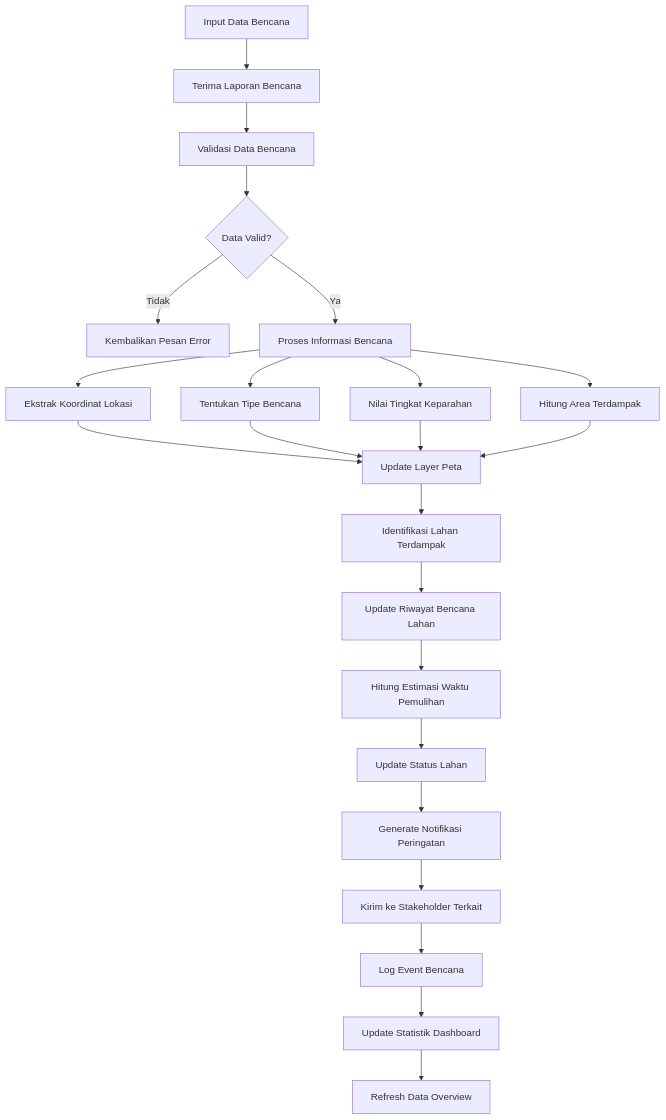
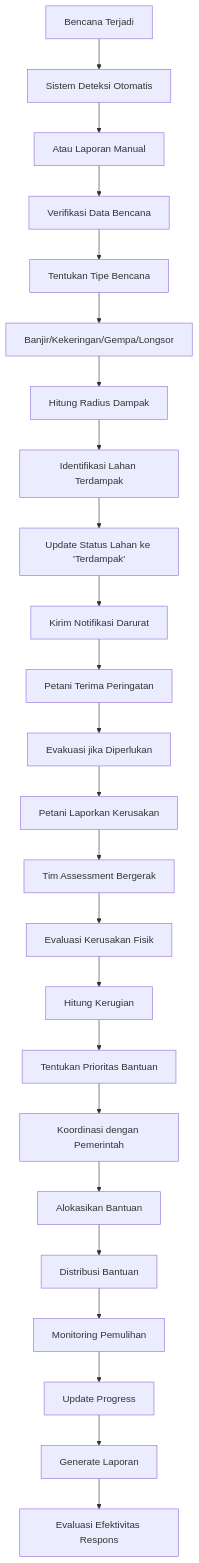
Before and after one commit to MakdumIbrohim/sigap-farm: the third of 3 diagrams in plans/flowchart.md, drawn with Mermaid. The commit also changed other lines of this file, not shown here.

Commit message:
docs(flowchart): update flowchart and algorithm documentation for SIGAP FARM

````diff
--- a/plans/flowchart.md
+++ b/plans/flowchart.md
@@ -122,31 +102,32 @@
 ```mermaid
 flowchart TD
-    A[Input Data Bencana] --> B[Terima Laporan Bencana]
-    B --> C[Validasi Data Bencana]
-    C --> D{Data Valid?}
+    A[Bencana Terjadi] --> B[Sistem Deteksi Otomatis]
+    B --> C[Atau Laporan Manual]
+    C --> D[Verifikasi Data Bencana]
 
-    D -->|Tidak| E[Kembalikan Pesan Error]
-    D -->|Ya| F[Proses Informasi Bencana]
+    D --> E[Tentukan Tipe Bencana]
+    E --> F[Banjir/Kekeringan/Gempa/Longsor]
+    F --> G[Hitung Radius Dampak]
 
-    F --> G[Ekstrak Koordinat Lokasi]
-    F --> H[Tentukan Tipe Bencana]
-    F --> I[Nilai Tingkat Keparahan]
-    F --> J[Hitung Area Terdampak]
+    G --> H[Identifikasi Lahan Terdampak]
+    H --> I[Update Status Lahan ke 'Terdampak']
+    I --> J[Kirim Notifikasi Darurat]
 
-    G --> K[Update Layer Peta]
-    H --> K
-    I --> K
-    J --> K
+    J --> K[Petani Terima Peringatan]
+    K --> L[Evakuasi jika Diperlukan]
+    L --> M[Petani Laporkan Kerusakan]
 
-    K --> L[Identifikasi Lahan Terdampak]
-    L --> M[Update Riwayat Bencana Lahan]
-    M --> N[Hitung Estimasi Waktu Pemulihan]
-    N --> O[Update Status Lahan]
+    M --> N[Tim Assessment Bergerak]
+    N --> O[Evaluasi Kerusakan Fisik]
+    O --> P[Hitung Kerugian]
+    P --> Q[Tentukan Prioritas Bantuan]
 
-    O --> P[Generate Notifikasi Peringatan]
-    P --> Q[Kirim ke Stakeholder Terkait]
-    Q --> R[Log Event Bencana]
+    Q --> R[Koordinasi dengan Pemerintah]
+    R --> S[Alokasikan Bantuan]
+    S --> T[Distribusi Bantuan]
+    T --> U[Monitoring Pemulihan]
 
-    R --> S[Update Statistik Dashboard]
-    S --> T[Refresh Data Overview]
+    U --> V[Update Progress]
+    V --> W[Generate Laporan]
+    W --> X[Evaluasi Efektivitas Respons]
 ```
````
